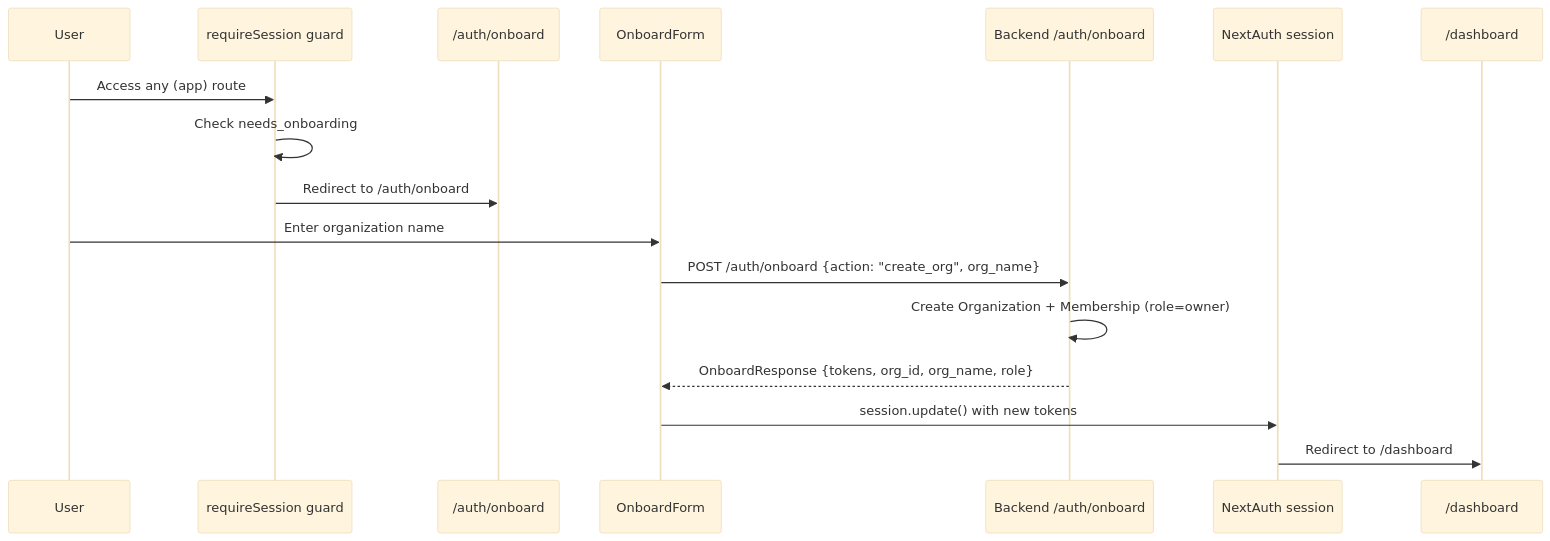
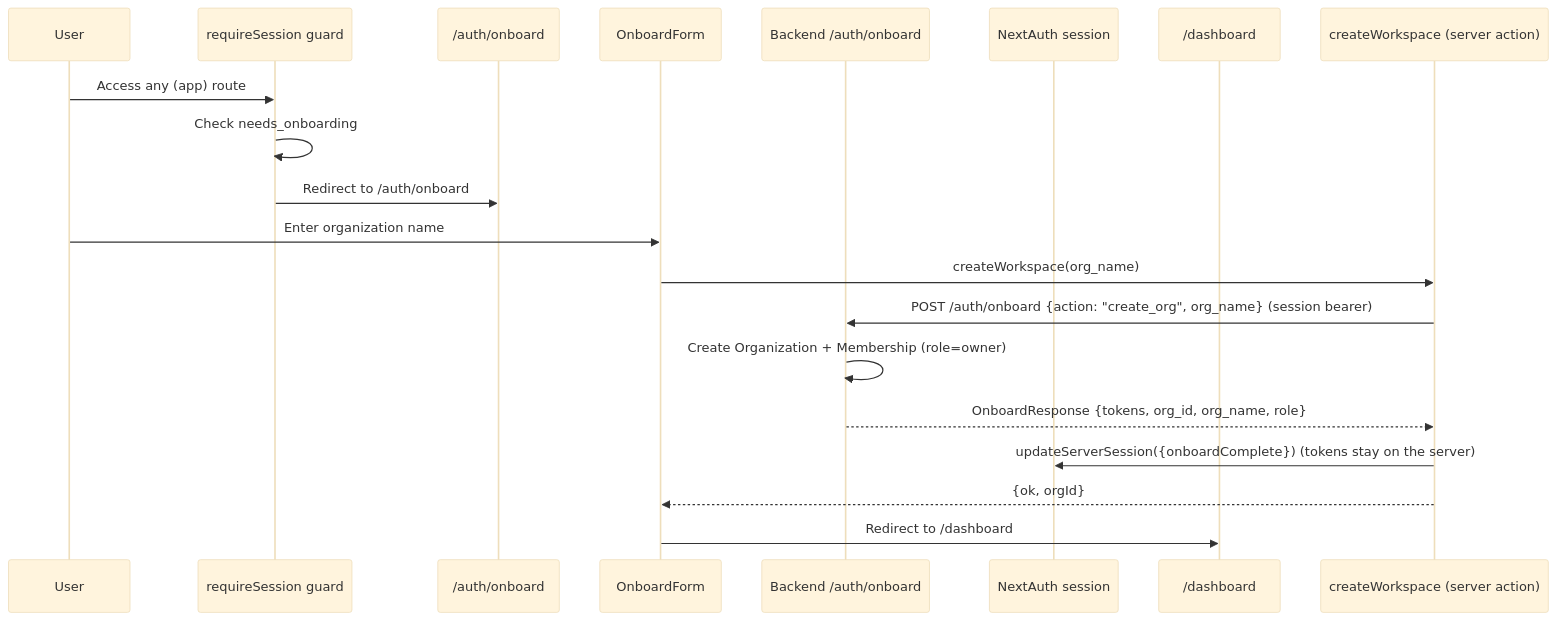
The seventh of 16 diagrams in docs/auth-system.md (full-chaos/dev-health-web), drawn with Mermaid (base theme) before and after one commit. The commit also changed other lines of this file and 28 other files, not shown here.

````diff
--- a/docs/auth-system.md
+++ b/docs/auth-system.md
@@ -237,20 +250,24 @@
 ```mermaid
 sequenceDiagram
     participant U as User
     participant RS as requireSession guard
     participant O as /auth/onboard
     participant OF as OnboardForm
     participant B as Backend /auth/onboard
     participant S as NextAuth session
     participant D as /dashboard
 
     U->>RS: Access any (app) route
     RS->>RS: Check needs_onboarding
     RS->>O: Redirect to /auth/onboard
+    participant A as createWorkspace (server action)
+
     U->>OF: Enter organization name
-    OF->>B: POST /auth/onboard {action: "create_org", org_name}
+    OF->>A: createWorkspace(org_name)
+    A->>B: POST /auth/onboard {action: "create_org", org_name} (session bearer)
     B->>B: Create Organization + Membership (role=owner)
-    B-->>OF: OnboardResponse {tokens, org_id, org_name, role}
-    OF->>S: session.update() with new tokens
-    S->>D: Redirect to /dashboard
+    B-->>A: OnboardResponse {tokens, org_id, org_name, role}
+    A->>S: updateServerSession({onboardComplete}) (tokens stay on the server)
+    A-->>OF: {ok, orgId}
+    OF->>D: Redirect to /dashboard
 ```
````
